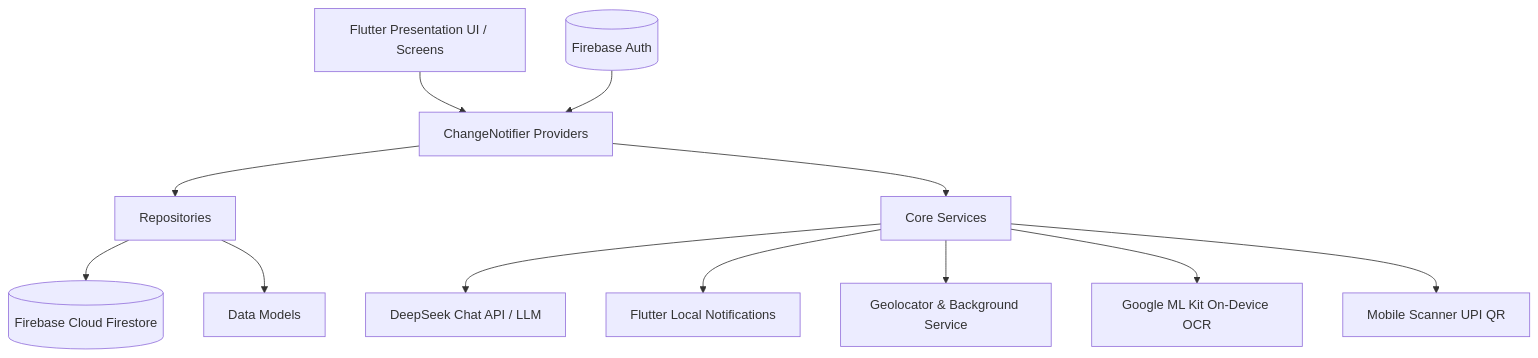
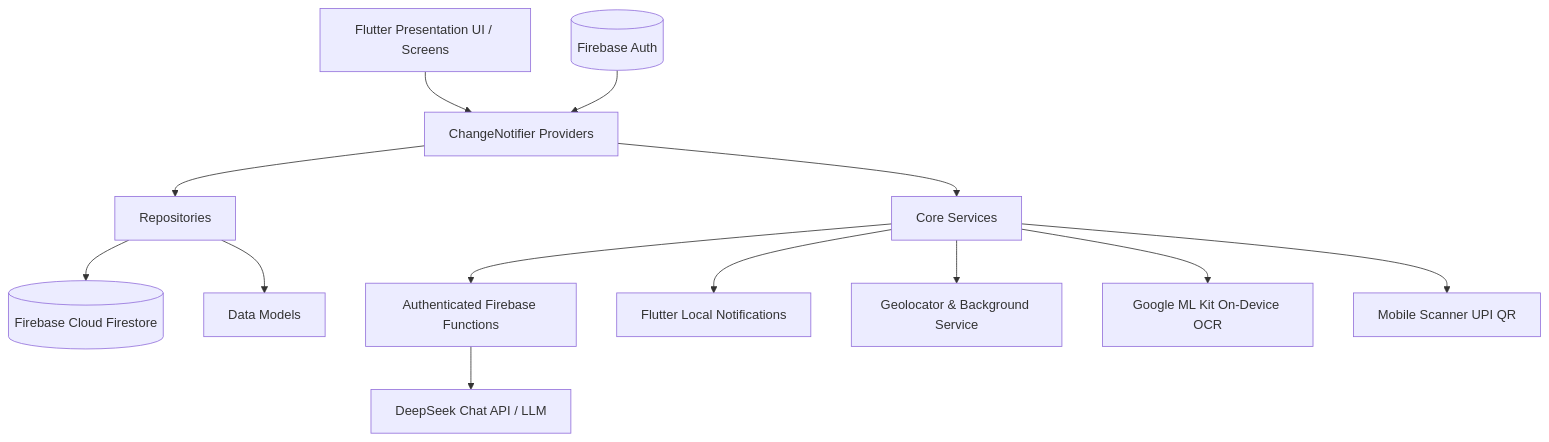
Before and after one commit to deepakkr7/expense_tracker: the diagram in PROJECT_DOCUMENTATION.md, drawn with Mermaid. The commit also changed other lines of this file and 3 other files, not shown here.

Commit message:
docs: document architecture and development workflows

````diff
--- a/PROJECT_DOCUMENTATION.md
+++ b/PROJECT_DOCUMENTATION.md
@@ -93,18 +95,19 @@
 ```mermaid
 graph TD
     UI[Flutter Presentation UI / Screens] --> Providers[ChangeNotifier Providers]
     
     Providers --> Repositories[Repositories]
     Providers --> CoreServices[Core Services]
 
     Repositories --> Firestore[(Firebase Cloud Firestore)]
     Repositories --> Models[Data Models]
 
-    CoreServices --> DeepSeek[DeepSeek Chat API / LLM]
+    CoreServices --> Backend[Authenticated Firebase Functions]
+    Backend --> DeepSeek[DeepSeek Chat API / LLM]
     CoreServices --> Notifications[Flutter Local Notifications]
     CoreServices --> Location[Geolocator & Background Service]
     CoreServices --> MLKit[Google ML Kit On-Device OCR]
     CoreServices --> Scanner[Mobile Scanner UPI QR]
 
     FirebaseAuth[(Firebase Auth)] --> Providers
 ```
````
